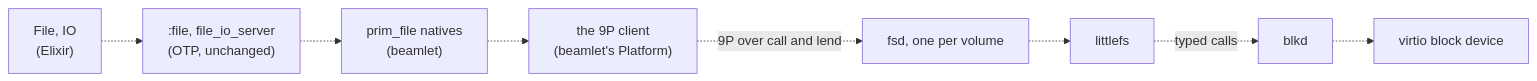
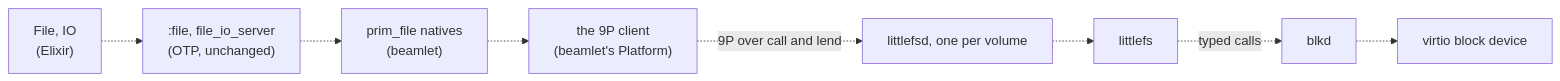
One commit to sirmick/redoubt changed the diagram in docs/userland/files.md. Above: the diagram before and after it, drawn with Mermaid. The commit also changed other lines of this file and 25 other files, not shown here.

First line of the commit message:
docs: the book calls the littlefs file server littlefsd

````diff
--- a/docs/userland/files.md
+++ b/docs/userland/files.md
@@ -50,10 +50,10 @@
 ```mermaid
 flowchart LR
     F["File, IO<br/>(Elixir)"] -.-> FM[":file, file_io_server<br/>(OTP, unchanged)"]
     FM -.-> PF["prim_file natives<br/>(beamlet)"]
     PF -.-> C["the 9P client<br/>(beamlet's Platform)"]
-    C -.->|"9P over call and lend"| FSD["fsd, one per volume"]
-    FSD -.-> LFS["littlefs"]
+    C -.->|"9P over call and lend"| LFSD["littlefsd, one per volume"]
+    LFSD -.-> LFS["littlefs"]
     LFS -.->|"typed calls"| B["blkd"]
     B -.-> D["virtio block device"]
 ```
````
